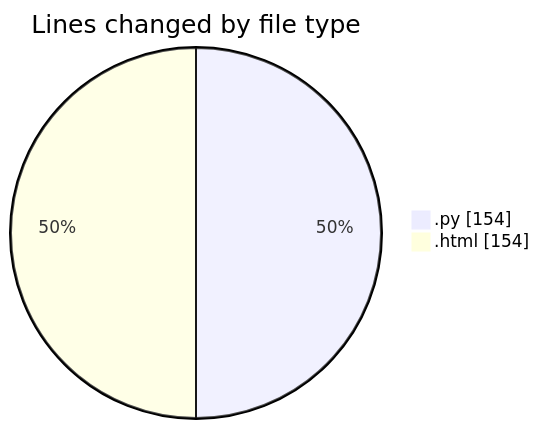
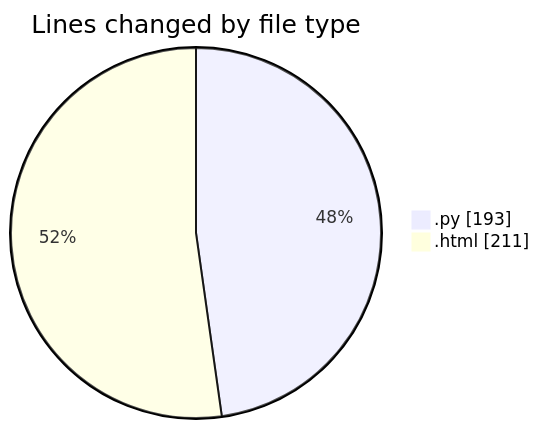
One commit to FelipKnott/code-tracking changed the first of 2 diagrams in 2025-07-12/cursor/README.md. Above: the diagram before and after it, drawn with Mermaid. The commit also changed other lines of this file and 1 other file, not shown here.

````diff
--- a/2025-07-12/cursor/README.md
+++ b/2025-07-12/cursor/README.md
@@ -21,6 +21,6 @@
 ```mermaid
 pie showData
 title Lines changed by file type
-".py" : 154
-".html" : 154
+".py" : 193
+".html" : 211
 ```
````
